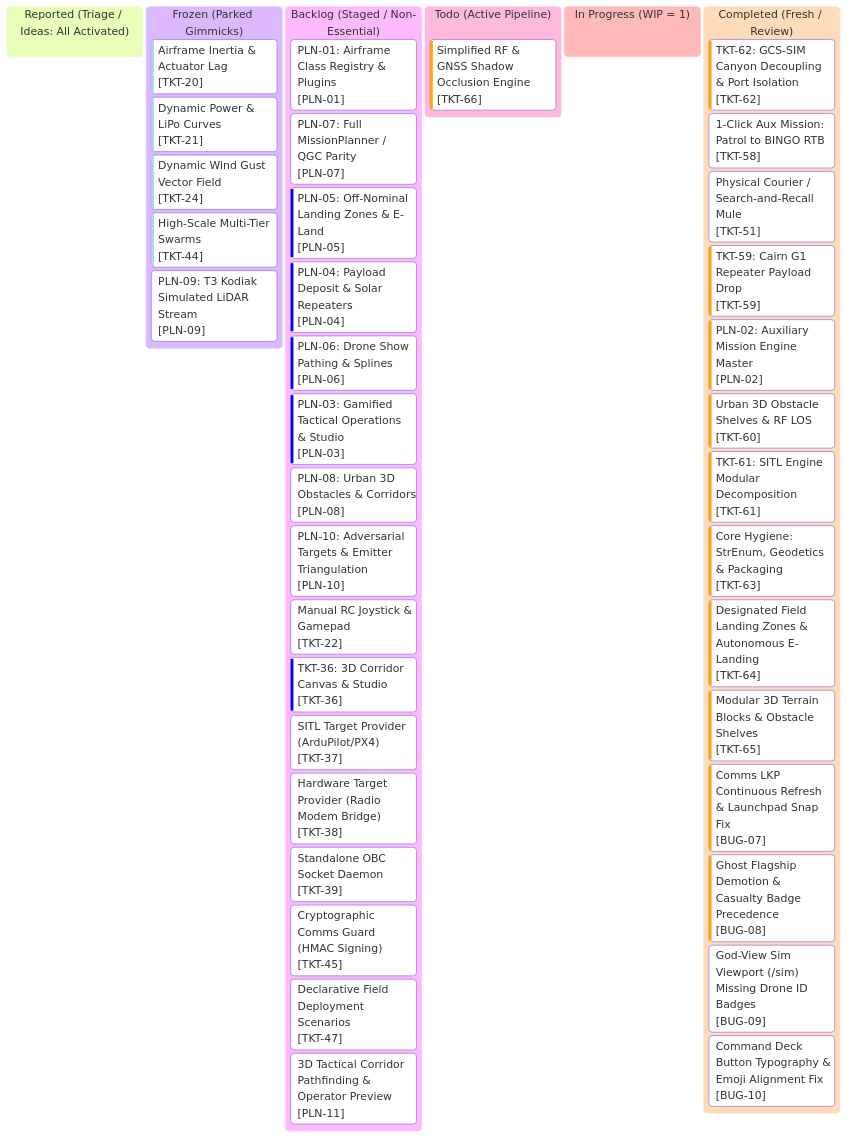
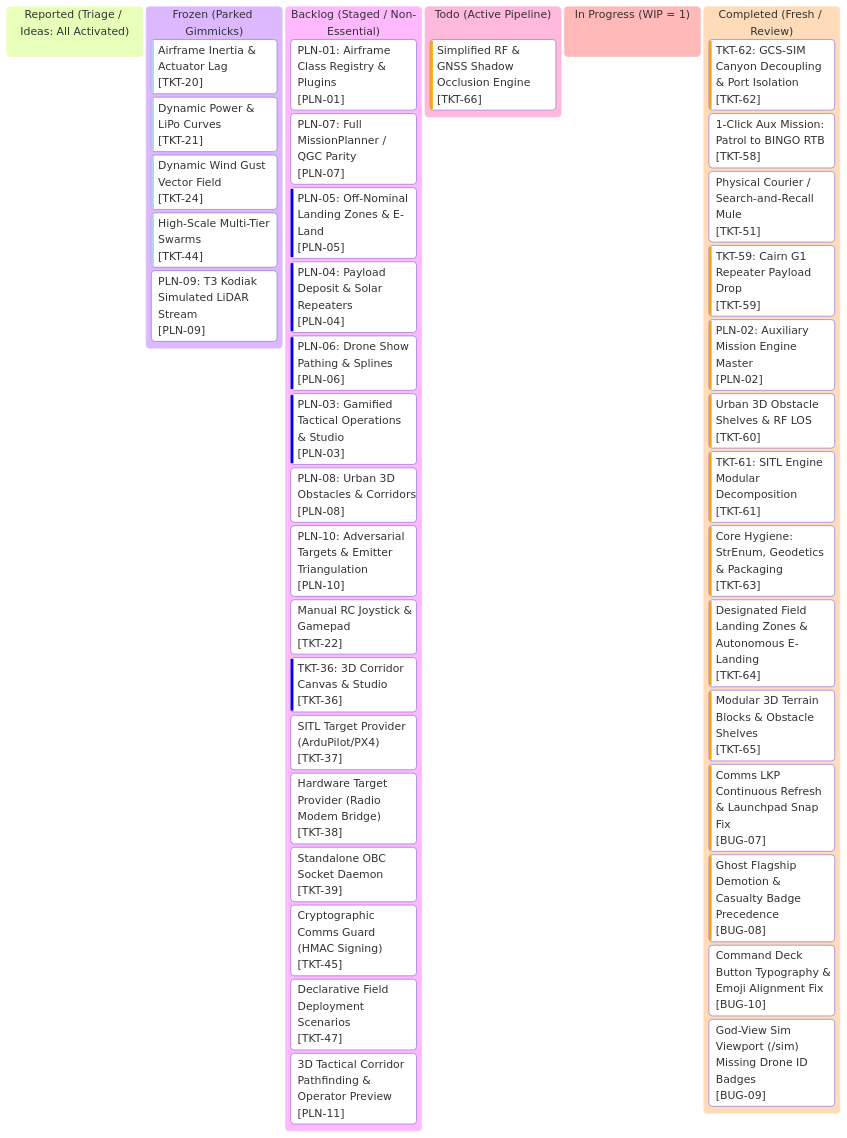
One commit to AlitheiaDeus/AlitheiaHive changed the diagram in roadmap/kanban.md. Above: the diagram before and after it, drawn with Mermaid. The commit also changed other lines of this file and 2 other files, not shown here.

Commit message:
fix(sim-ui): display registered airframe tail number IDs in god-view (BUG-09)

````diff
--- a/roadmap/kanban.md
+++ b/roadmap/kanban.md
@@ -10,65 +10,65 @@
 ```mermaid
 %%{init: {
   'theme': 'base',
   'themeVariables': {
     'primaryColor': '#0d2235',
     'primaryTextColor': '#d4f4ff',
     'primaryBorderColor': '#00f0ff',
     'lineColor': '#00f0ff',
     'background': '#061019',
     'mainBkg': '#0a1926',
     'secondaryColor': '#081420',
     'secondaryTextColor': '#5a7e96',
     'secondaryBorderColor': '#134e6f',
     'tertiaryColor': '#0e263d',
     'tertiaryTextColor': '#00ffaa',
     'tertiaryBorderColor': '#00ffaa',
     'clusterBkg': '#081420',
     'clusterBorder': '#134e6f',
     'fontFamily': "'JetBrains Mono', 'Courier New', monospace"
   }
 }}%%
 kanban
   reported["Reported (Triage / Ideas: All Activated)"]
   frozen["Frozen (Parked Gimmicks)"]
     tkt20["Airframe Inertia & Actuator Lag"]@{ ticket: '[TKT-20]', priority: 'Very Low' }
     tkt21["Dynamic Power & LiPo Curves"]@{ ticket: '[TKT-21]', priority: 'Very Low' }
     tkt24["Dynamic Wind Gust Vector Field"]@{ ticket: '[TKT-24]', priority: 'Very Low' }
     tkt44["High-Scale Multi-Tier Swarms"]@{ ticket: '[TKT-44]', priority: 'Very Low' }
     pln09["PLN-09: T3 Kodiak Simulated LiDAR Stream"]@{ ticket: '[PLN-09]', priority: 'Medium' }
   backlog["Backlog (Staged / Non-Essential)"]
     pln01["PLN-01: Airframe Class Registry & Plugins"]@{ ticket: '[PLN-01]', priority: 'Medium' }
     pln07["PLN-07: Full MissionPlanner / QGC Parity"]@{ ticket: '[PLN-07]', priority: 'Medium' }
     pln05["PLN-05: Off-Nominal Landing Zones & E-Land"]@{ ticket: '[PLN-05]', priority: 'Low' }
     pln04["PLN-04: Payload Deposit & Solar Repeaters"]@{ ticket: '[PLN-04]', priority: 'Low' }
     pln06["PLN-06: Drone Show Pathing & Splines"]@{ ticket: '[PLN-06]', priority: 'Low' }
     pln03["PLN-03: Gamified Tactical Operations & Studio"]@{ ticket: '[PLN-03]', priority: 'Low' }
     pln08["PLN-08: Urban 3D Obstacles & Corridors"]@{ ticket: '[PLN-08]', priority: 'Medium' }
     pln10["PLN-10: Adversarial Targets & Emitter Triangulation"]@{ ticket: '[PLN-10]', priority: 'Medium' }
     tkt22["Manual RC Joystick & Gamepad"]@{ ticket: '[TKT-22]', priority: 'Medium' }
     tkt36["TKT-36: 3D Corridor Canvas & Studio"]@{ ticket: '[TKT-36]', priority: 'Low' }
     tkt37["SITL Target Provider (ArduPilot/PX4)"]@{ ticket: '[TKT-37]', priority: 'Medium' }
     tkt38["Hardware Target Provider (Radio Modem Bridge)"]@{ ticket: '[TKT-38]', priority: 'Medium' }
     tkt39["Standalone OBC Socket Daemon"]@{ ticket: '[TKT-39]', priority: 'Medium' }
     tkt45["Cryptographic Comms Guard (HMAC Signing)"]@{ ticket: '[TKT-45]', priority: 'Medium' }
     tkt47["Declarative Field Deployment Scenarios"]@{ ticket: '[TKT-47]', priority: 'Medium' }
     pln11["3D Tactical Corridor Pathfinding & Operator Preview"]@{ ticket: '[PLN-11]', priority: 'Medium' }
   todo["Todo (Active Pipeline)"]
     tkt66["Simplified RF & GNSS Shadow Occlusion Engine"]@{ ticket: '[TKT-66]', priority: 'High' }
   in_progress["In Progress (WIP = 1)"]
   completed["Completed (Fresh / Review)"]
     tkt62["TKT-62: GCS-SIM Canyon Decoupling & Port Isolation"]@{ ticket: '[TKT-62]', priority: 'High' }
     tkt58["1-Click Aux Mission: Patrol to BINGO RTB"]@{ ticket: '[TKT-58]', priority: 'Medium' }
     tkt51["Physical Courier / Search-and-Recall Mule"]@{ ticket: '[TKT-51]', priority: 'Medium' }
     tkt59["TKT-59: Cairn G1 Repeater Payload Drop"]@{ ticket: '[TKT-59]', priority: 'High' }
     pln02["PLN-02: Auxiliary Mission Engine Master"]@{ ticket: '[PLN-02]', priority: 'High' }
     tkt60["Urban 3D Obstacle Shelves & RF LOS"]@{ ticket: '[TKT-60]', priority: 'High' }
     tkt61["TKT-61: SITL Engine Modular Decomposition"]@{ ticket: '[TKT-61]', priority: 'High' }
     tkt63["Core Hygiene: StrEnum, Geodetics & Packaging"]@{ ticket: '[TKT-63]', priority: 'High' }
     tkt64["Designated Field Landing Zones & Autonomous E-Landing"]@{ ticket: '[TKT-64]', priority: 'High' }
     tkt65["Modular 3D Terrain Blocks & Obstacle Shelves"]@{ ticket: '[TKT-65]', priority: 'High' }
     bug07["Comms LKP Continuous Refresh & Launchpad Snap Fix"]@{ ticket: '[BUG-07]', priority: 'High' }
     bug08["Ghost Flagship Demotion & Casualty Badge Precedence"]@{ ticket: '[BUG-08]', priority: 'High' }
+    bug10["Command Deck Button Typography & Emoji Alignment Fix"]@{ ticket: '[BUG-10]', priority: 'Normal' }
     bug09["God-View Sim Viewport (/sim) Missing Drone ID Badges"]@{ ticket: '[BUG-09]', priority: 'Normal' }
-    bug10["Command Deck Button Typography & Emoji Alignment Fix"]@{ ticket: '[BUG-10]', priority: 'Normal' }
 ```
````
